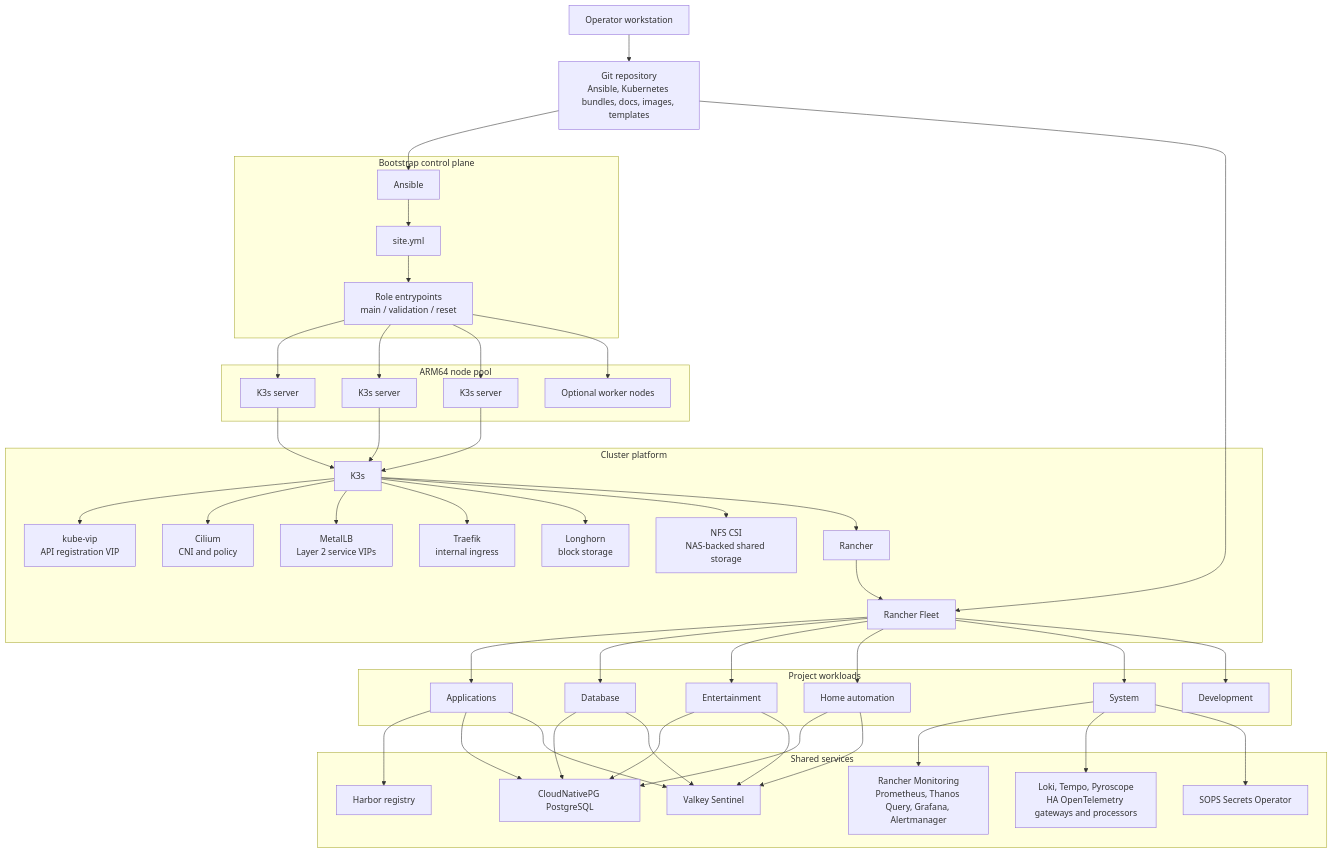
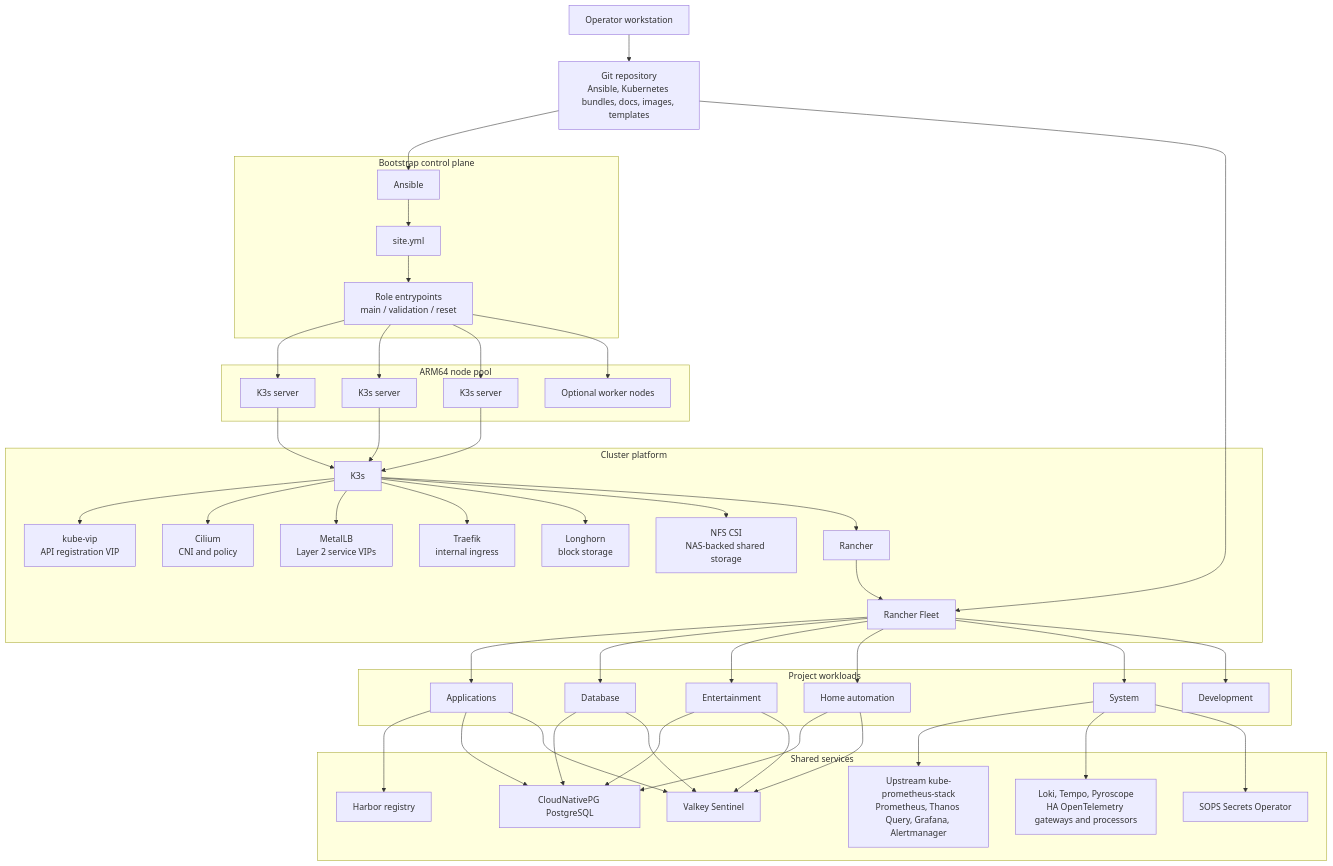
One commit to abhi1693/homelab changed the first of 2 diagrams in README.md. Above: the diagram before and after it, drawn with Mermaid. The commit also changed other lines of this file and 102 other files, not shown here.

```diff
--- a/README.md
+++ b/README.md
@@ -274,7 +274,7 @@
     postgres["CloudNativePG PostgreSQL"]
     valkey["Valkey Sentinel"]
     harbor["Harbor registry"]
-    monitoring["Rancher Monitoring<br/>Prometheus, Thanos Query, Grafana, Alertmanager"]
+    monitoring["Upstream kube-prometheus-stack<br/>Prometheus, Thanos Query, Grafana, Alertmanager"]
     telemetry["Loki, Tempo, Pyroscope<br/>HA OpenTelemetry gateways and processors"]
     secrets["SOPS Secrets Operator"]
   end
```
